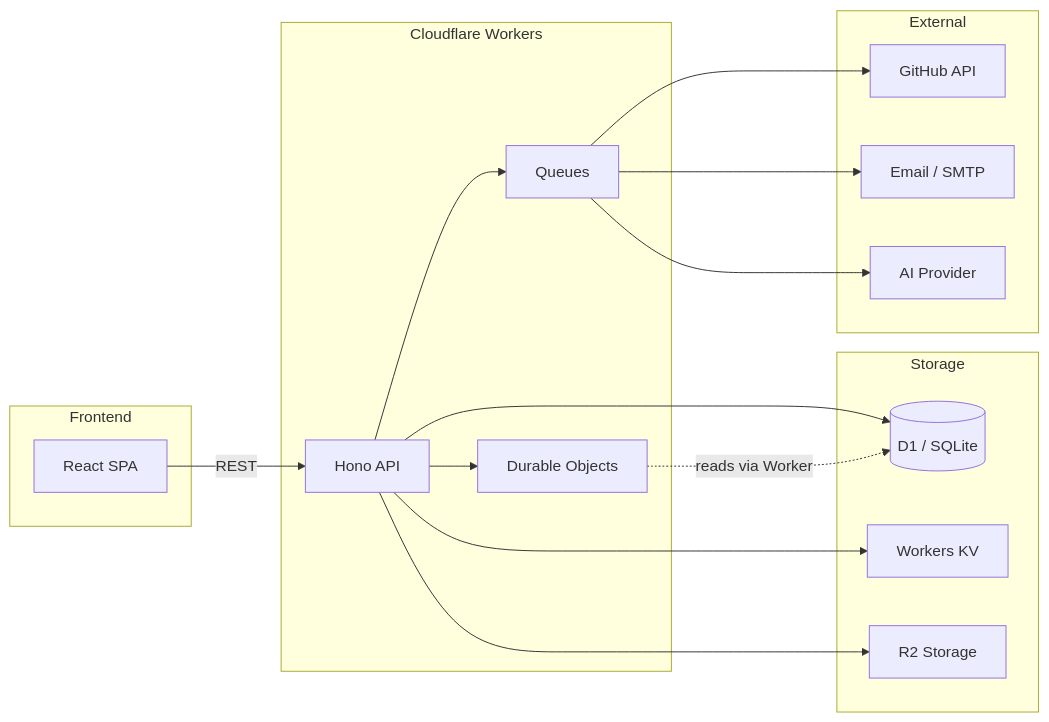
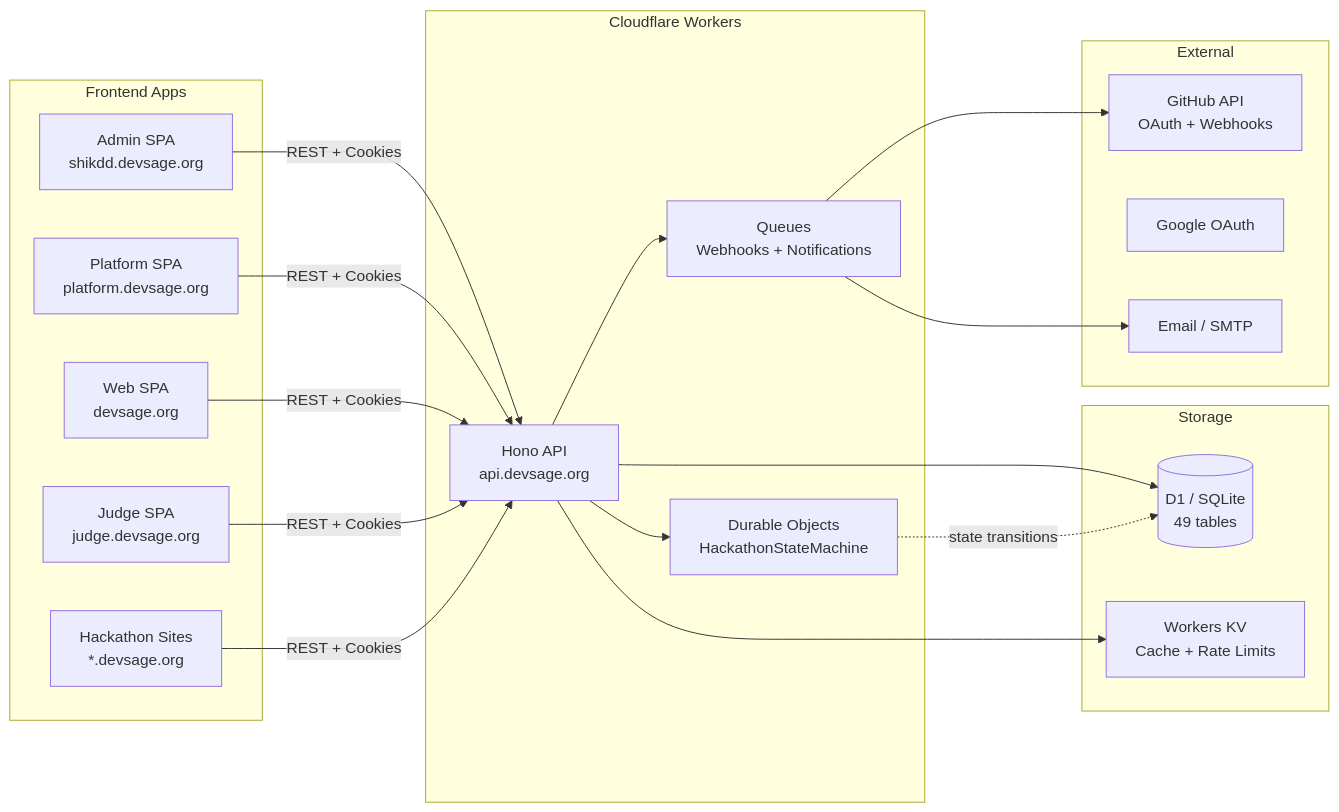
One commit to devangshupandey2025-stack/DevSage changed the diagram in README.md. Above: the diagram before and after it, drawn with Mermaid. The commit also changed other lines of this file and 7 other files, not shown here.

````diff
--- a/README.md
+++ b/README.md
@@ -32,35 +40,36 @@
 ```mermaid
 graph LR
-    subgraph Frontend
-        SPA[React SPA]
+    subgraph Frontend Apps
+        Admin[Admin SPA<br>shikdd.devsage.org]
+        Platform[Platform SPA<br>platform.devsage.org]
+        Web[Web SPA<br>devsage.org]
+        Judge[Judge SPA<br>judge.devsage.org]
+        HackSite[Hackathon Sites<br>*.devsage.org]
     end
 
     subgraph Cloudflare Workers
-        API[Hono API]
-        DO[Durable Objects]
-        Q[Queues]
+        API[Hono API<br>api.devsage.org]
+        DO[Durable Objects<br>HackathonStateMachine]
+        Q[Queues<br>Webhooks + Notifications]
     end
 
     subgraph Storage
-        D1[(D1 / SQLite)]
-        KV[Workers KV]
-        R2[R2 Storage]
+        D1[(D1 / SQLite<br>49 tables)]
+        KV[Workers KV<br>Cache + Rate Limits]
     end
 
     subgraph External
-        GH[GitHub API]
+        GH[GitHub API<br>OAuth + Webhooks]
+        Google[Google OAuth]
         SMTP[Email / SMTP]
-        AI[AI Provider]
     end
 
-    SPA -->|REST| API
+    Admin & Platform & Web & Judge & HackSite -->|REST + Cookies| API
     API --> D1
     API --> KV
-    API --> R2
     API --> DO
     API --> Q
     Q --> GH
     Q --> SMTP
-    Q --> AI
-    DO -.->|"reads via Worker"| D1
+    DO -.->|"state transitions"| D1
 ```
````
